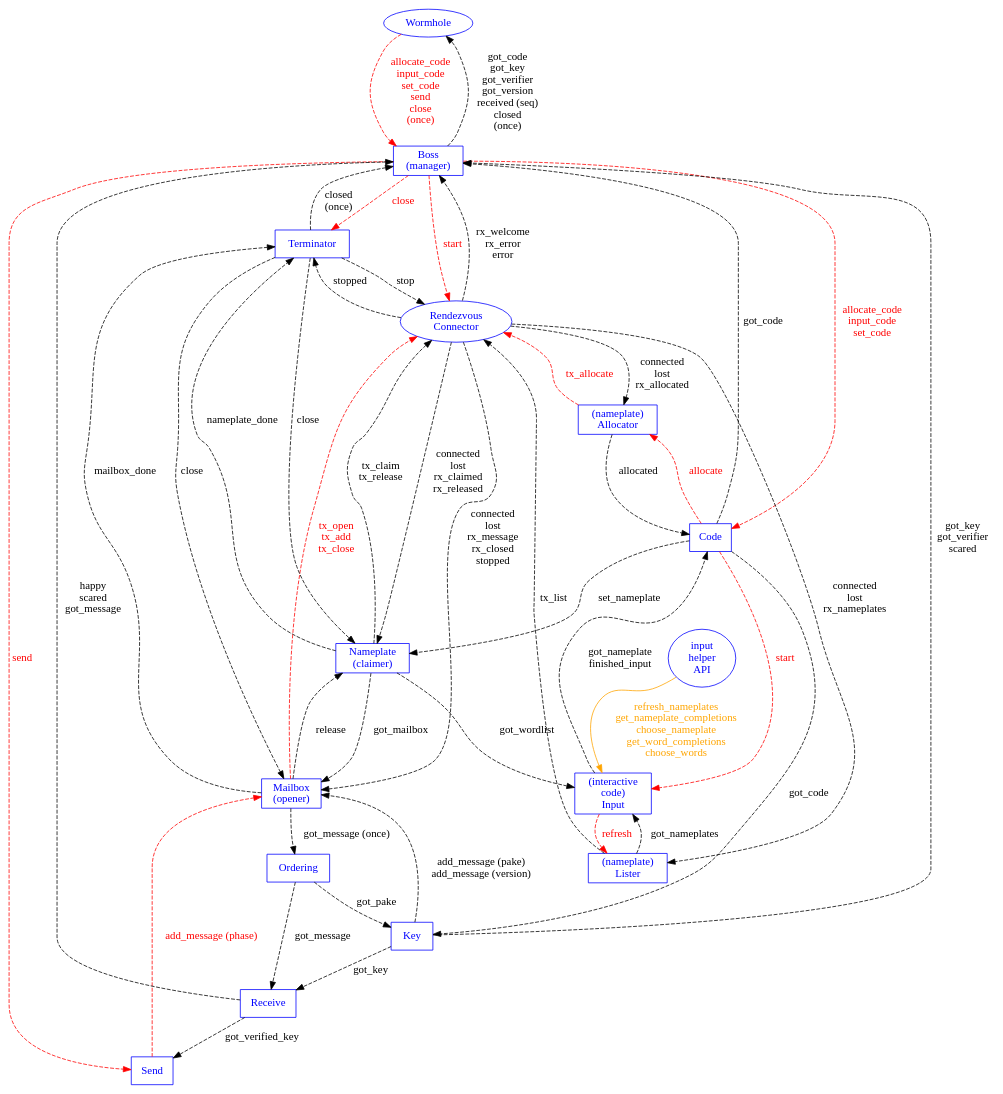
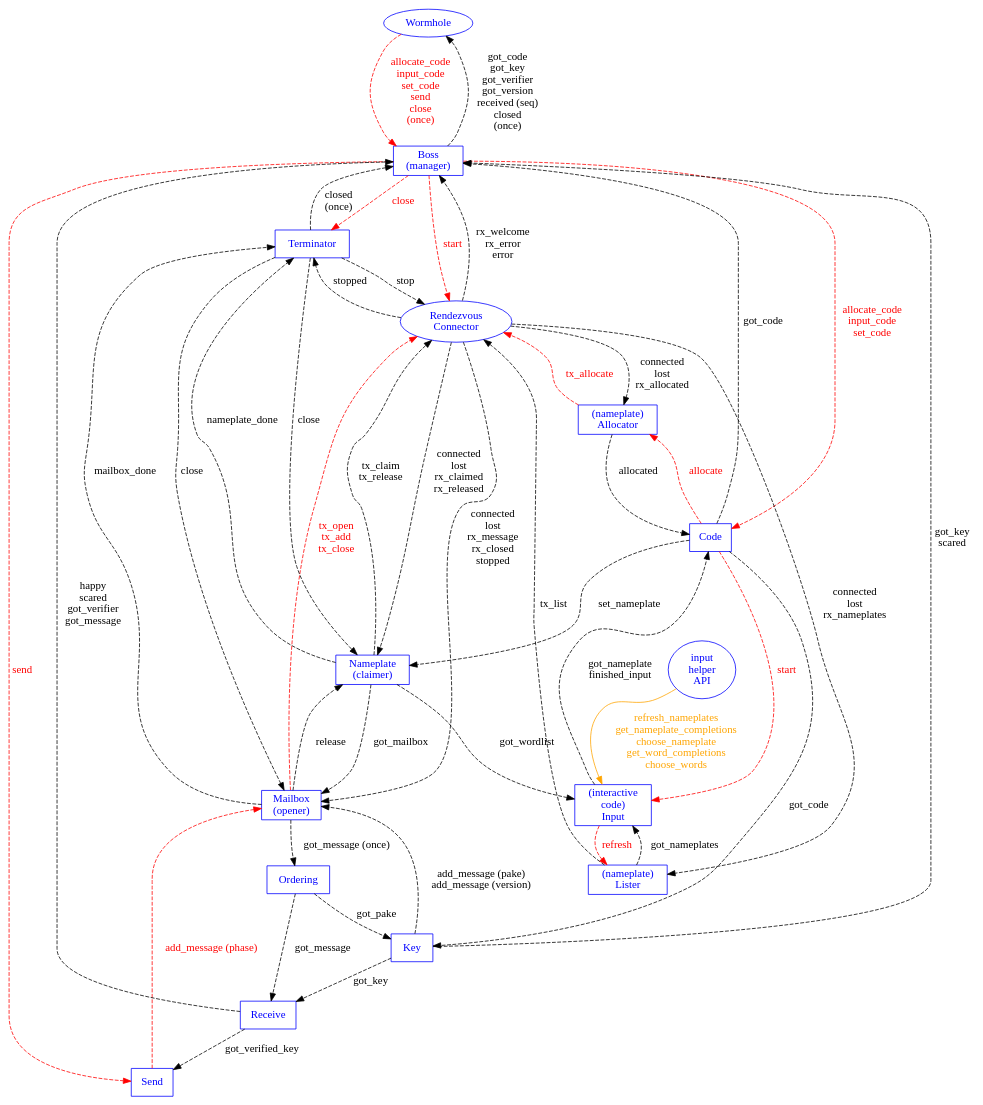
Before and after one commit to magic-wormhole/magic-wormhole: the diagram in docs/state-machines/machines.dot, drawn with Graphviz. The commit also changed 11 other files, not shown here.

```diff
--- a/docs/state-machines/machines.dot
+++ b/docs/state-machines/machines.dot
@@ -1,115 +1,115 @@
 digraph {
         Wormhole [shape="oval" color="blue" fontcolor="blue"]
         Boss [shape="box" label="Boss\n(manager)"
                   color="blue" fontcolor="blue"]
         Nameplate [label="Nameplate\n(claimer)"
                    shape="box" color="blue" fontcolor="blue"]
         Mailbox [label="Mailbox\n(opener)"
                  shape="box" color="blue" fontcolor="blue"]
         Connection [label="Rendezvous\nConnector"
                     shape="oval" color="blue" fontcolor="blue"]
         #websocket [color="blue" fontcolor="blue"]
         Order [shape="box" label="Ordering" color="blue" fontcolor="blue"]
         Key [shape="box" label="Key" color="blue" fontcolor="blue"]
         Send [shape="box" label="Send" color="blue" fontcolor="blue"]
         Receive [shape="box" label="Receive" color="blue" fontcolor="blue"]
         Code [shape="box" label="Code" color="blue" fontcolor="blue"]
         Lister [shape="box" label="(nameplate)\nLister"
                 color="blue" fontcolor="blue"]
         Allocator [shape="box" label="(nameplate)\nAllocator"
                    color="blue" fontcolor="blue"]
         Input [shape="box" label="(interactive\ncode)\nInput"
                color="blue" fontcolor="blue"]
         Terminator [shape="box" color="blue" fontcolor="blue"]
         InputHelperAPI [shape="oval" label="input\nhelper\nAPI"
                         color="blue" fontcolor="blue"]
 
         #Connection -> websocket [color="blue"]
         #Connection -> Order [color="blue"]
 
         Wormhole -> Boss [style="dashed"
                           label="allocate_code\ninput_code\nset_code\nsend\nclose\n(once)"
                           color="red" fontcolor="red"]
         #Wormhole -> Boss [color="blue"]
         Boss -> Wormhole [style="dashed" label="got_code\ngot_key\ngot_verifier\ngot_version\nreceived (seq)\nclosed\n(once)"]
 
         #Boss -> Connection [color="blue"]
         Boss -> Connection [style="dashed" label="start"
                             color="red" fontcolor="red"]
         Connection -> Boss [style="dashed" label="rx_welcome\nrx_error\nerror"]
 
         Boss -> Send [style="dashed" color="red" fontcolor="red" label="send"]
 
         #Boss -> Mailbox [color="blue"]
         Mailbox -> Order [style="dashed" label="got_message (once)"]
-        Key -> Boss [style="dashed" label="got_key\ngot_verifier\nscared"]
+        Key -> Boss [style="dashed" label="got_key\nscared"]
         Order -> Key [style="dashed" label="got_pake"]
         Order -> Receive [style="dashed" label="got_message"]
         #Boss -> Key [color="blue"]
         Key -> Mailbox [style="dashed"
                         label="add_message (pake)\nadd_message (version)"]
         Receive -> Send [style="dashed" label="got_verified_key"]
         Send -> Mailbox [style="dashed" color="red" fontcolor="red"
                          label="add_message (phase)"]
 
         Key -> Receive [style="dashed" label="got_key"]
         Receive -> Boss [style="dashed"
-                         label="happy\nscared\ngot_message"]
+                         label="happy\nscared\ngot_verifier\ngot_message"]
         Nameplate -> Connection [style="dashed"
                                  label="tx_claim\ntx_release"]
         Connection -> Nameplate [style="dashed"
                                  label="connected\nlost\nrx_claimed\nrx_released"]
         Mailbox -> Nameplate [style="dashed" label="release"]
         Nameplate -> Mailbox [style="dashed" label="got_mailbox"]
         Nameplate -> Input [style="dashed" label="got_wordlist"]
 
         Mailbox -> Connection [style="dashed" color="red" fontcolor="red"
                                label="tx_open\ntx_add\ntx_close"
                                ]
         Connection -> Mailbox [style="dashed"
                                label="connected\nlost\nrx_message\nrx_closed\nstopped"]
 
         Connection -> Lister [style="dashed"
                               label="connected\nlost\nrx_nameplates"
                               ]
         Lister -> Connection [style="dashed"
                               label="tx_list"
                               ]
 
         #Boss -> Code [color="blue"]
         Connection -> Allocator [style="dashed"
                                  label="connected\nlost\nrx_allocated"]
         Allocator -> Connection [style="dashed" color="red" fontcolor="red"
                                  label="tx_allocate"
                                  ]
         Lister -> Input [style="dashed"
                          label="got_nameplates"
                          ]
         #Code -> Lister [color="blue"]
         Input -> Lister [style="dashed" color="red" fontcolor="red"
                          label="refresh"
                          ]
         Boss -> Code [style="dashed" color="red" fontcolor="red"
                       label="allocate_code\ninput_code\nset_code"]
         Code -> Boss [style="dashed" label="got_code"]
         Code -> Key [style="dashed" label="got_code"]
         Code -> Nameplate [style="dashed" label="set_nameplate"]
 
         Code -> Input [style="dashed" color="red" fontcolor="red" label="start"]
         Input -> Code [style="dashed" label="got_nameplate\nfinished_input"]
         InputHelperAPI -> Input [label="refresh_nameplates\nget_nameplate_completions\nchoose_nameplate\nget_word_completions\nchoose_words" color="orange" fontcolor="orange"]
 
         Code -> Allocator [style="dashed" color="red" fontcolor="red"
                            label="allocate"]
         Allocator -> Code [style="dashed" label="allocated"]
 
         Nameplate -> Terminator [style="dashed" label="nameplate_done"]
         Mailbox -> Terminator [style="dashed" label="mailbox_done"]
         Terminator -> Nameplate [style="dashed" label="close"]
         Terminator -> Mailbox [style="dashed" label="close"]
         Terminator -> Connection [style="dashed" label="stop"]
         Connection -> Terminator [style="dashed" label="stopped"]
         Terminator -> Boss [style="dashed" label="closed\n(once)"]
         Boss -> Terminator [style="dashed" color="red" fontcolor="red"
                             label="close"]
 }
```
